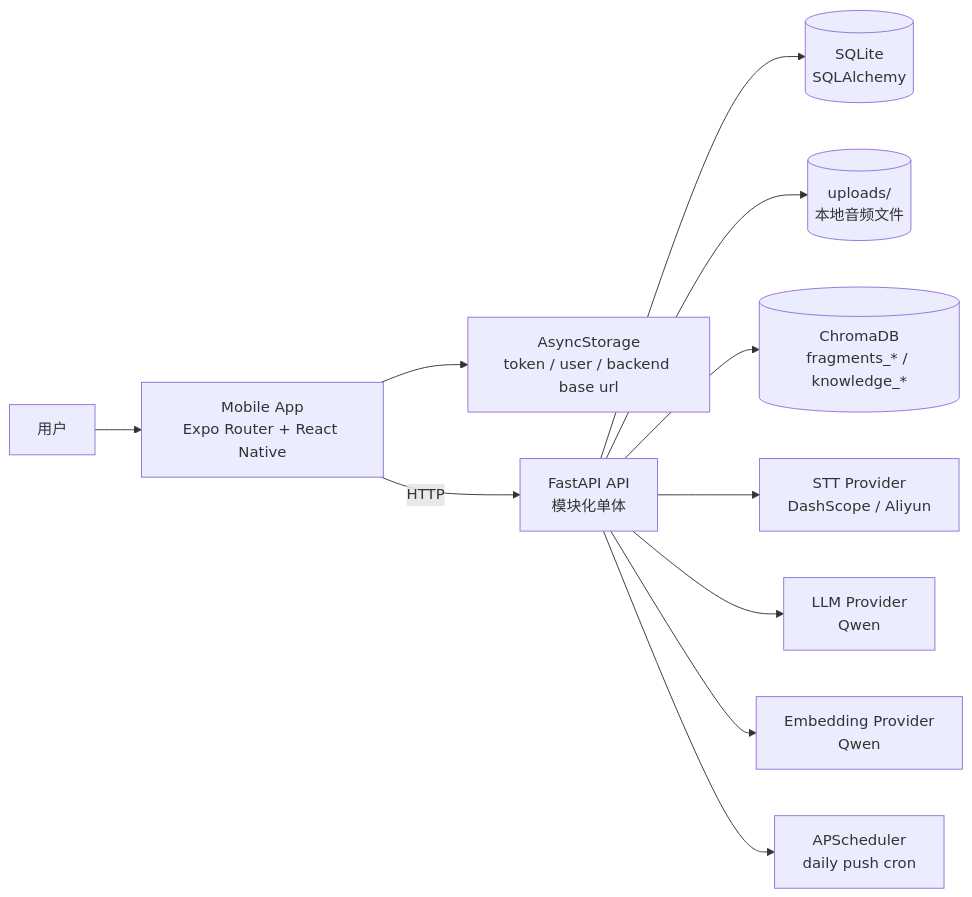
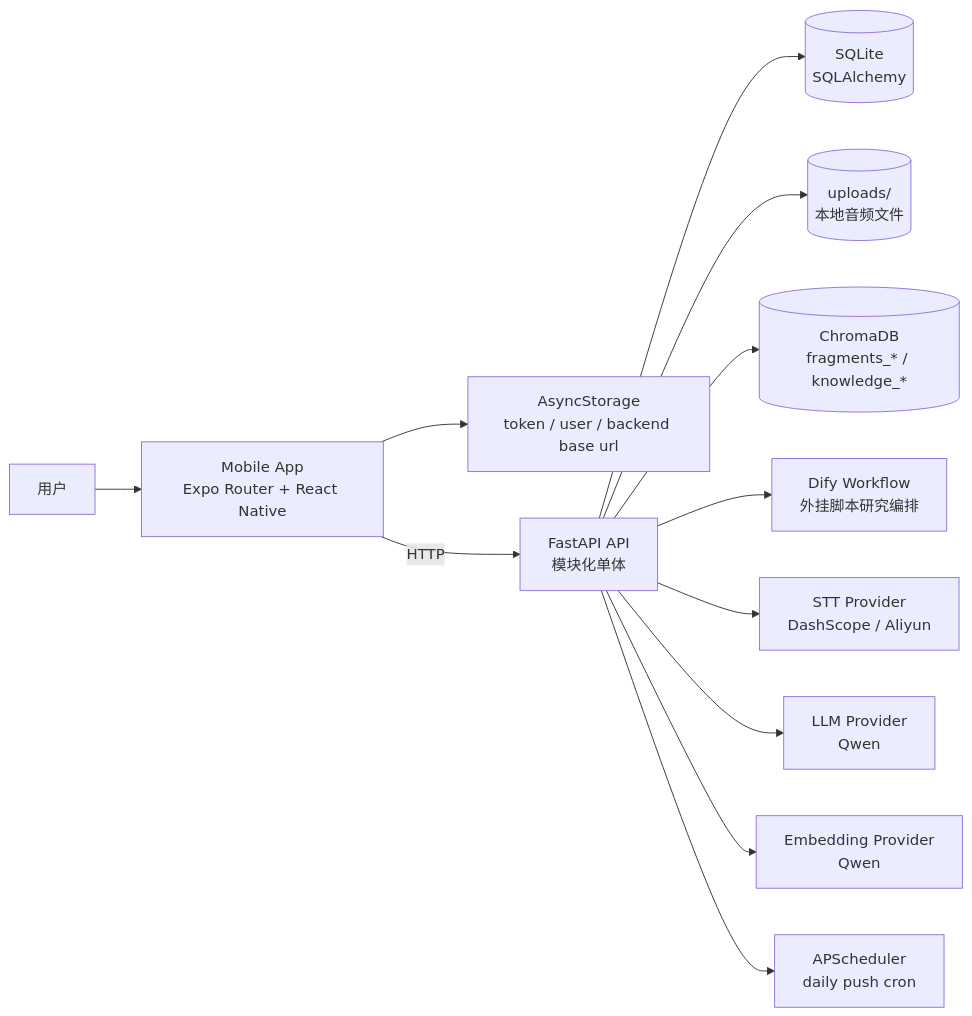
The first of 9 diagrams in memory-bank/architecture.md (YCZA2/SparkFlow), drawn with Mermaid before and after one commit. The commit also changed other lines of this file and 21 other files, not shown here.

Commit message:
feat: add dify agent workflow layer

````diff
--- a/memory-bank/architecture.md
+++ b/memory-bank/architecture.md
@@ -9,25 +9,27 @@
 ```mermaid
 flowchart LR
     U["用户"]
     M["Mobile App<br/>Expo Router + React Native"]
     S["AsyncStorage<br/>token / user / backend base url"]
     API["FastAPI API<br/>模块化单体"]
     DB[("SQLite<br/>SQLAlchemy")]
     FS[("uploads/<user_id><br/>本地音频文件")]
     CHROMA[("ChromaDB<br/>fragments_* / knowledge_*")]
+    DIFY["Dify Workflow<br/>外挂脚本研究编排"]
     STT["STT Provider<br/>DashScope / Aliyun"]
     LLM["LLM Provider<br/>Qwen"]
     EMB["Embedding Provider<br/>Qwen"]
     SCH["APScheduler<br/>daily push cron"]
 
     U --> M
     M --> S
     M -->|HTTP| API
     API --> DB
     API --> FS
     API --> CHROMA
+    API --> DIFY
     API --> STT
     API --> LLM
     API --> EMB
     API --> SCH
 ```
````
